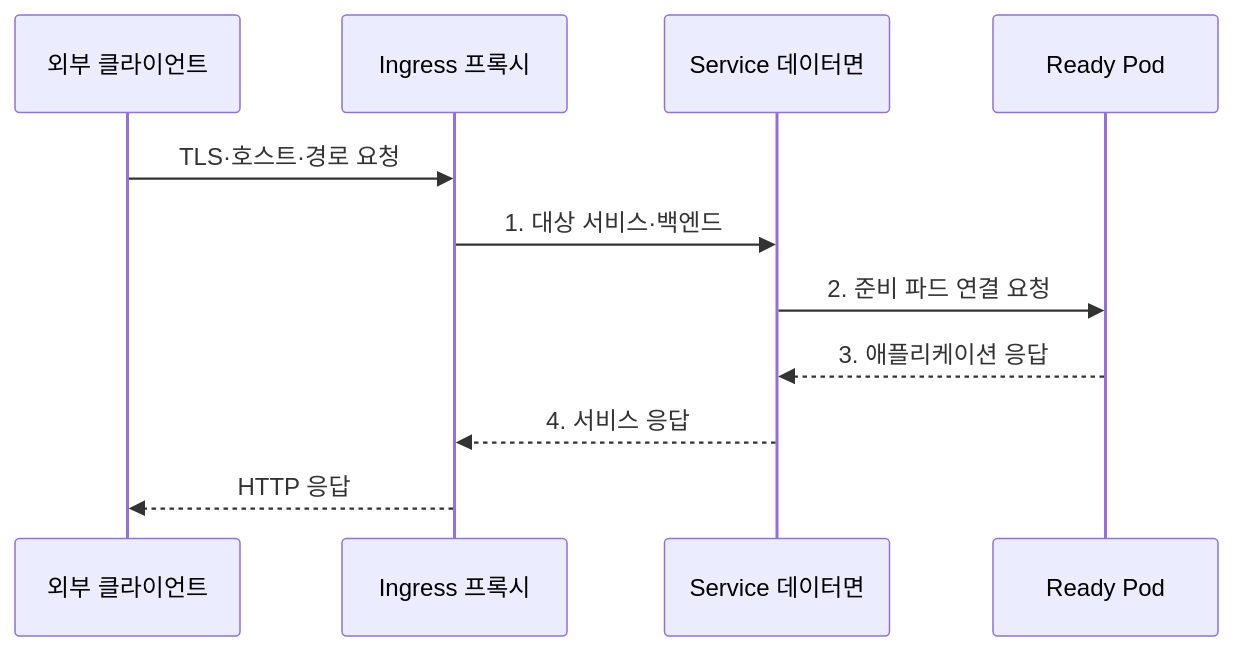
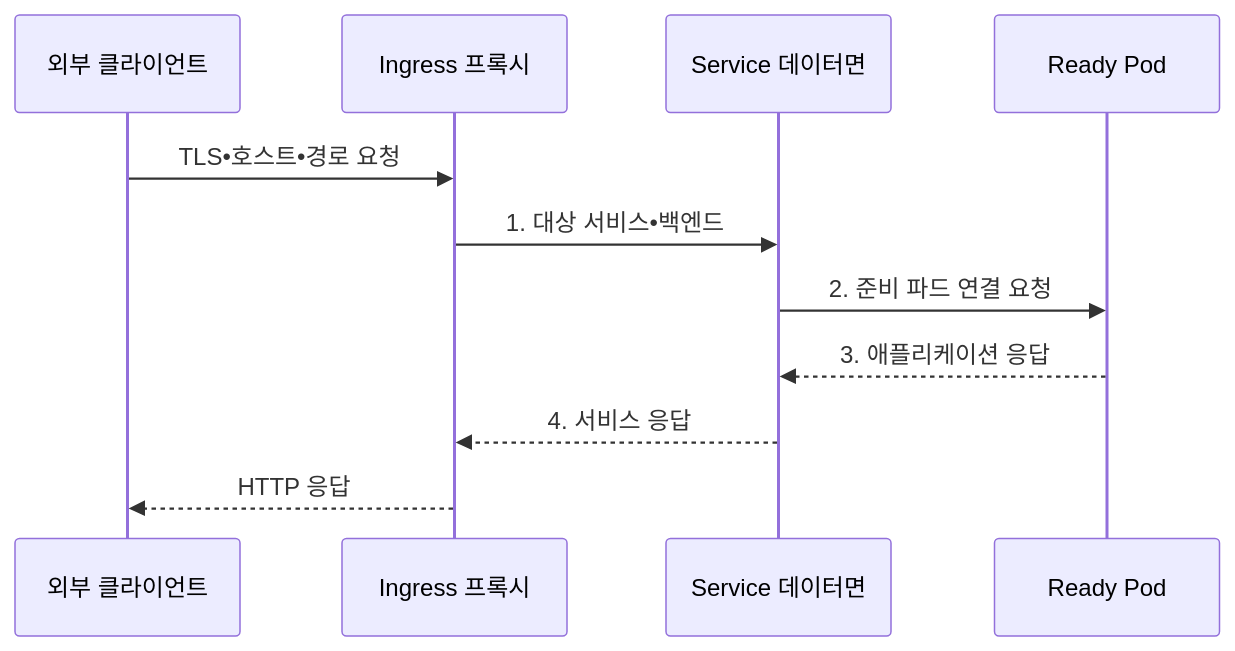
One commit to agnusdei1207/knowledge-base changed the second of 2 diagrams in src/content/docs/notes/03-software/155_kubernetes_service_ingress.md. Above: the diagram before and after it, drawn with Mermaid. The commit also changed other lines of this file and 953 other files, not shown here.

````diff
--- a/src/content/docs/notes/03-software/155_kubernetes_service_ingress.md
+++ b/src/content/docs/notes/03-software/155_kubernetes_service_ingress.md
@@ -104,13 +104,13 @@
 ```mermaid
 sequenceDiagram
     participant C as 외부 클라이언트
     participant I as Ingress 프록시
     participant S as Service 데이터면
     participant P as Ready Pod
-    C->>I: TLS·호스트·경로 요청
-    I->>S: 1. 대상 서비스·백엔드
+    C->>I: TLS•호스트•경로 요청
+    I->>S: 1. 대상 서비스•백엔드
     S->>P: 2. 준비 파드 연결 요청
     P-->>S: 3. 애플리케이션 응답
     S-->>I: 4. 서비스 응답
     I-->>C: HTTP 응답
 ```
````
